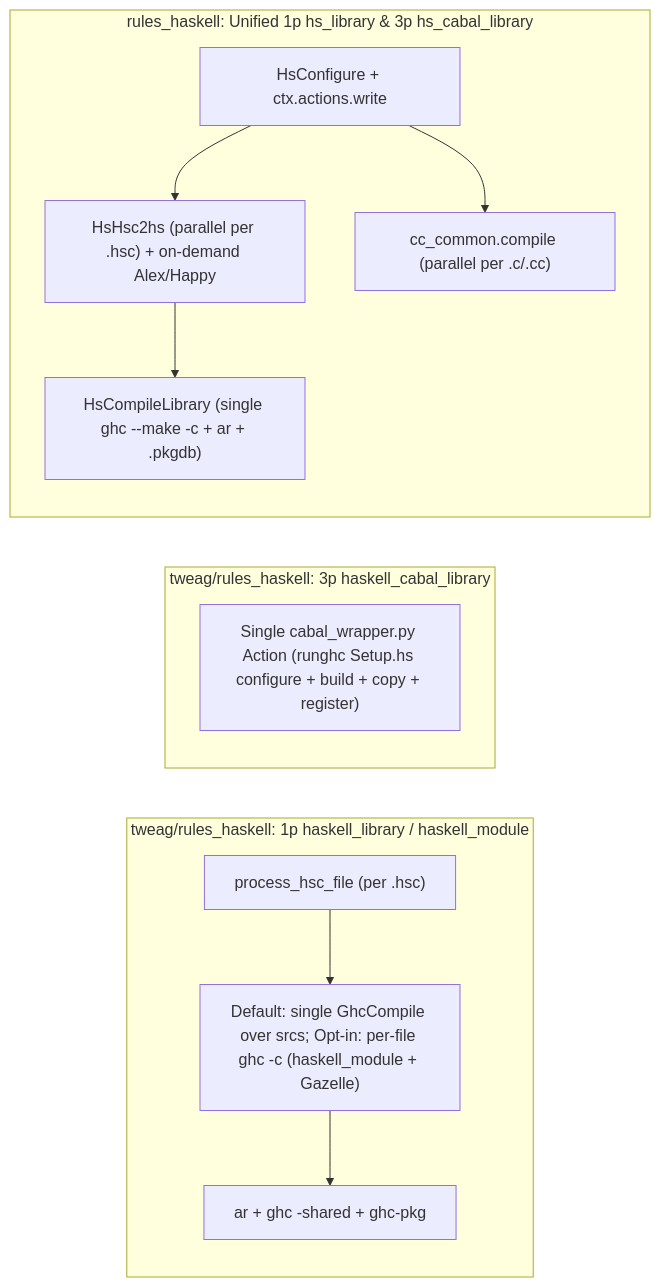
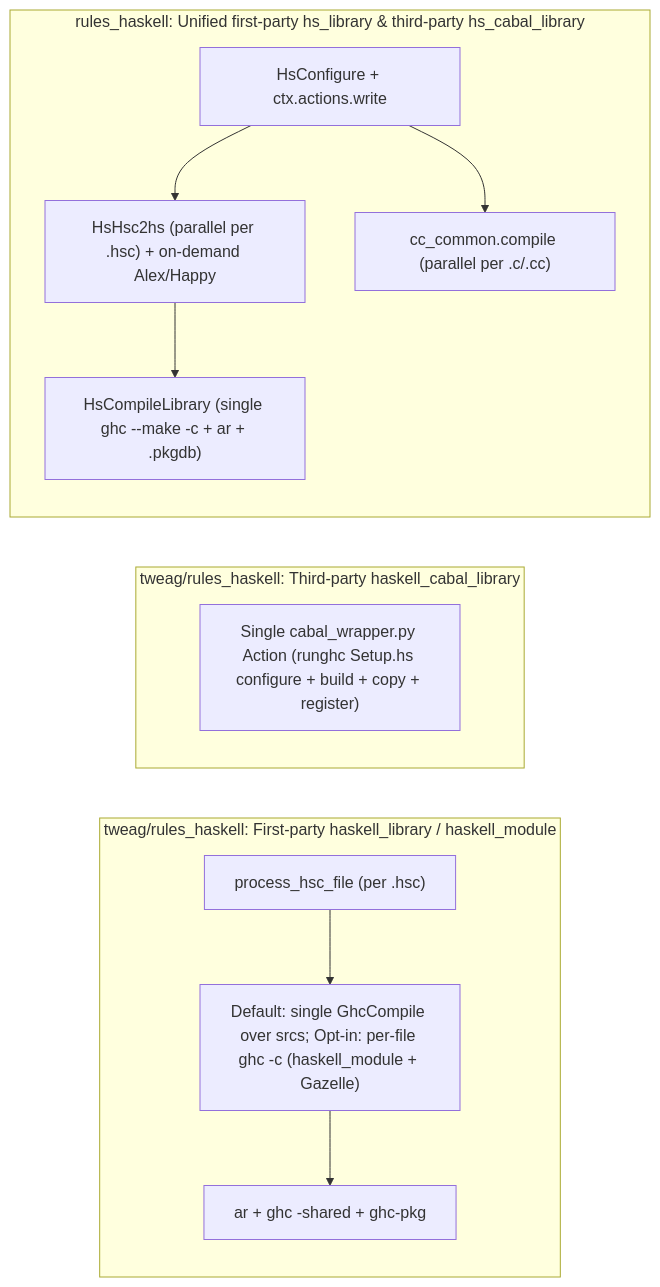
One commit to kaycebasques/hs changed the second of 3 diagrams in docs/content/internals/rulesets-comparison.md. Above: the diagram before and after it, drawn with Mermaid. The commit also changed other lines of this file and 33 other files, not shown here.

````diff
--- a/docs/content/internals/rulesets-comparison.md
+++ b/docs/content/internals/rulesets-comparison.md
@@ -112,17 +116,17 @@
 ```mermaid
 flowchart LR
-    subgraph RH1["tweag/rules_haskell: 1p haskell_library / haskell_module"]
+    subgraph RH1["tweag/rules_haskell: First-party haskell_library / haskell_module"]
         RH_HSC["process_hsc_file (per .hsc)"] --> RH_GHC["Default: single GhcCompile over srcs; Opt-in: per-file ghc -c (haskell_module + Gazelle)"]
         RH_GHC --> RH_AR["ar + ghc -shared + ghc-pkg"]
     end
 
-    subgraph RH3["tweag/rules_haskell: 3p haskell_cabal_library"]
+    subgraph RH3["tweag/rules_haskell: Third-party haskell_cabal_library"]
         RH_CAB["Single cabal_wrapper.py Action (runghc Setup.hs configure + build + copy + register)"]
     end
 
-    subgraph RHS_UNI["rules_haskell: Unified 1p hs_library & 3p hs_cabal_library"]
+    subgraph RHS_UNI["rules_haskell: Unified first-party hs_library & third-party hs_cabal_library"]
         S1["HsConfigure + ctx.actions.write"] --> S3["HsHsc2hs (parallel per .hsc) + on-demand Alex/Happy"]
         S1 --> S4["cc_common.compile (parallel per .c/.cc)"]
         S3 --> S5["HsCompileLibrary (single ghc --make -c + ar + .pkgdb)"]
     end
 ```
````
